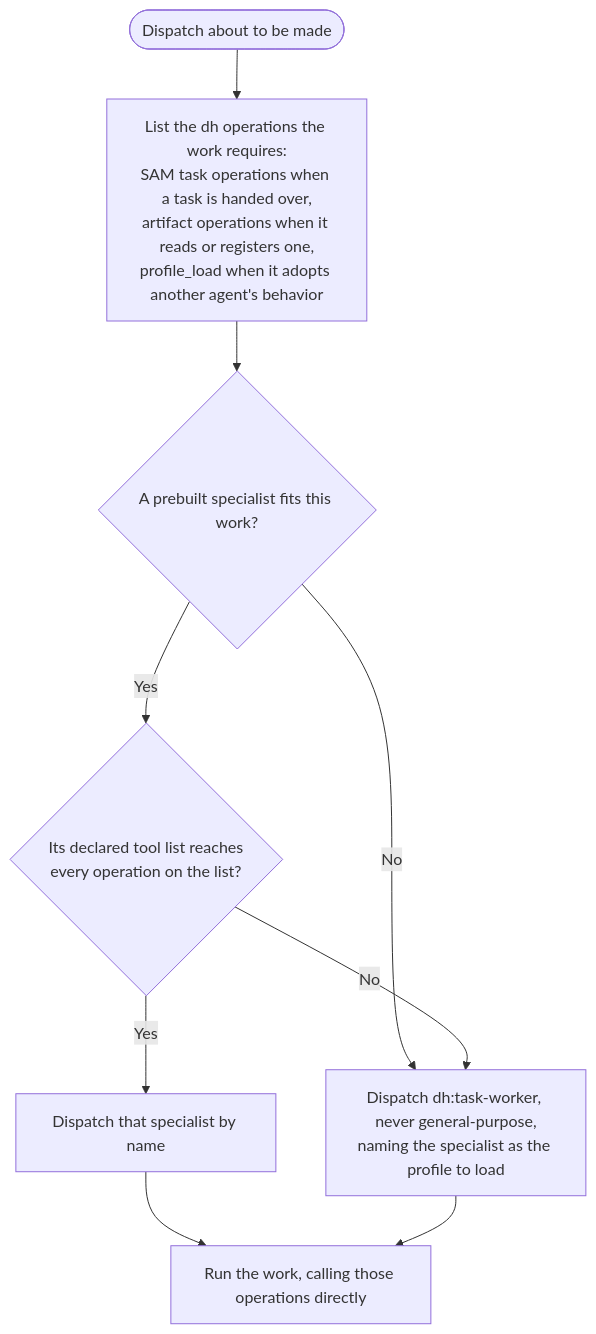
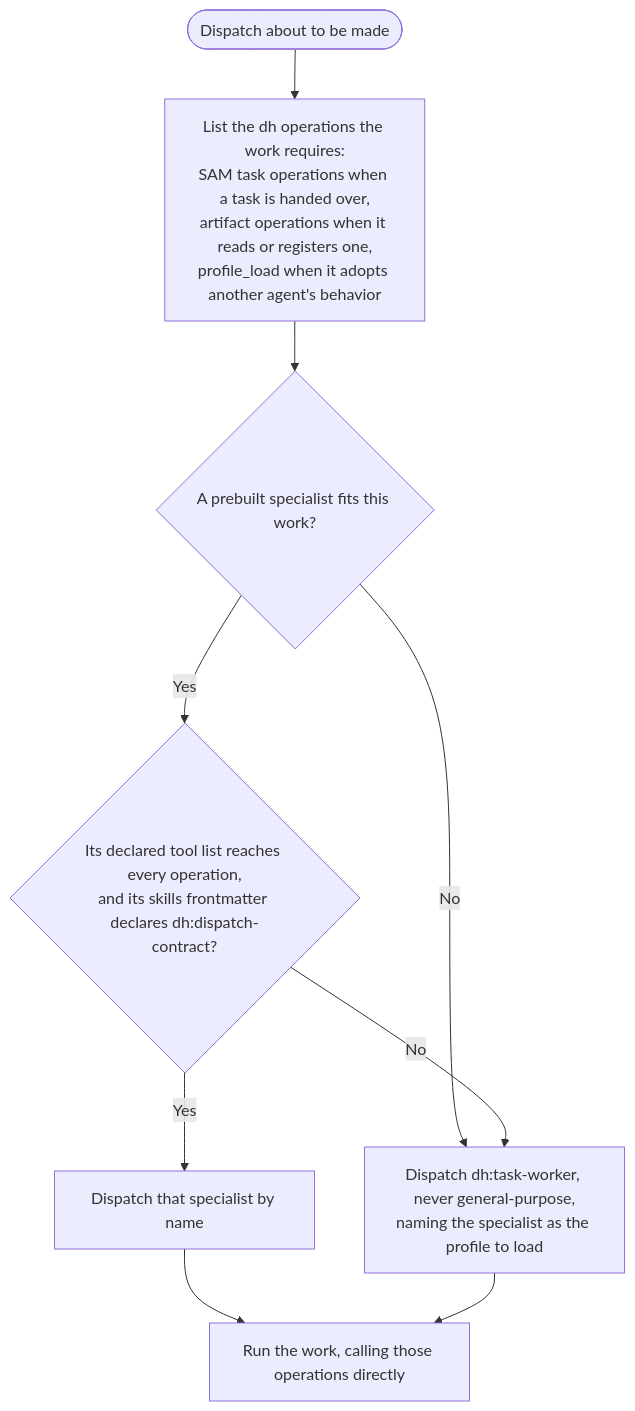
The diagram in plugins/development-harness/skills/dispatch-contract/SKILL.md (Jamie-BitFlight/claude_skills), drawn with Mermaid before and after one commit. The commit also changed other lines of this file and 29 other files, not shown here.

Commit message:
fix(development-harness): require the dispatch contract in a direct dispatch target

````diff
--- a/plugins/development-harness/skills/dispatch-contract/SKILL.md
+++ b/plugins/development-harness/skills/dispatch-contract/SKILL.md
@@ -77,11 +85,11 @@
 ```mermaid
 flowchart TD
     D([Dispatch about to be made]) --> Ops["List the dh operations the work requires:<br>SAM task operations when a task is handed over,<br>artifact operations when it reads or registers one,<br>profile_load when it adopts another agent's behavior"]
     Ops --> Fit{"A prebuilt specialist fits this work?"}
     Fit -->|No| Worker
-    Fit -->|Yes| Covers{"Its declared tool list reaches<br>every operation on the list?"}
+    Fit -->|Yes| Covers{"Its declared tool list reaches every operation,<br>and its skills frontmatter declares dh:dispatch-contract?"}
     Covers -->|Yes| Spec[Dispatch that specialist by name]
     Covers -->|No| Worker["Dispatch dh:task-worker, never general-purpose,<br>naming the specialist as the profile to load"]
     Spec --> Run[Run the work, calling those operations directly]
     Worker --> Run
 ```
````
